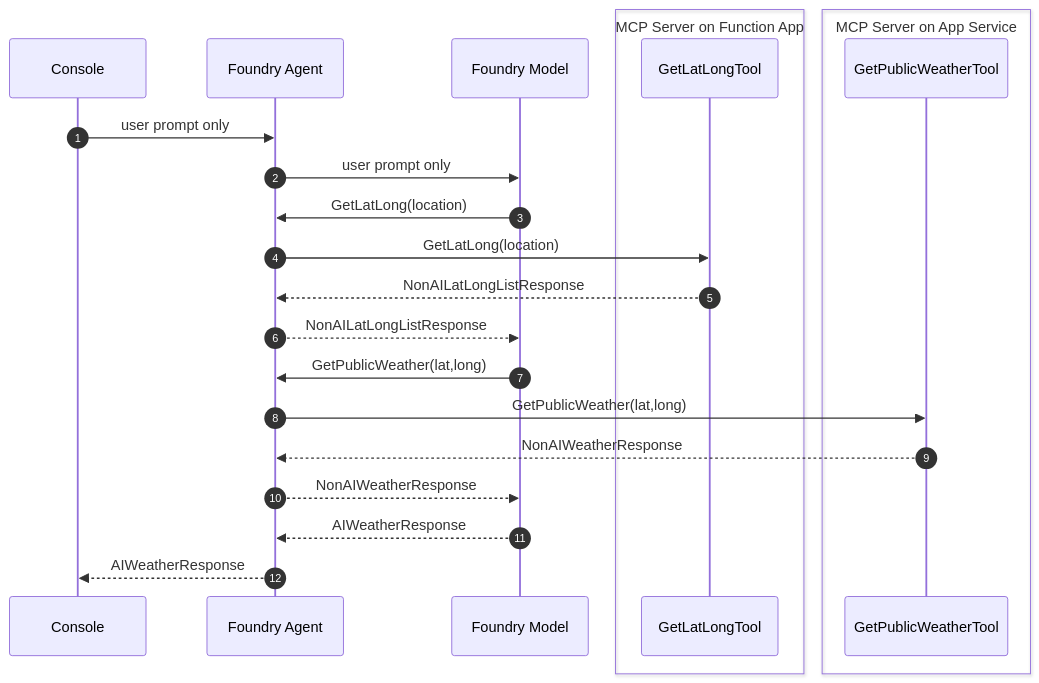
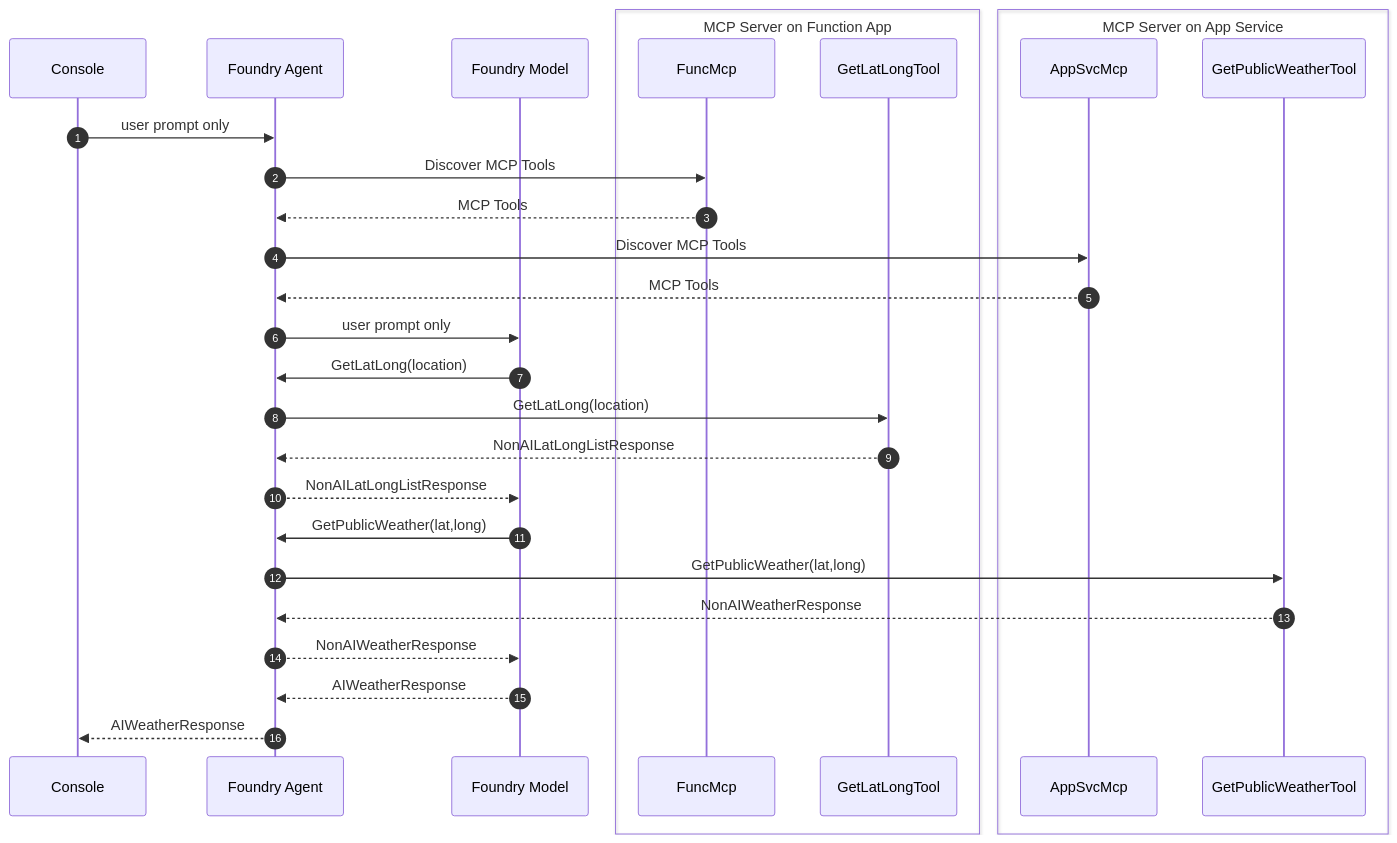
The eighth of 8 diagrams in docs/4-demystifying-foundry-agents-mcp/demystifying-foundry-agents-mcp.md (dustinkorzaan/weather-1116), drawn with Mermaid before and after one commit. The commit also changed other lines of this file and 6 other files, not shown here.

````diff
--- a/docs/4-demystifying-foundry-agents-mcp/demystifying-foundry-agents-mcp.md
+++ b/docs/4-demystifying-foundry-agents-mcp/demystifying-foundry-agents-mcp.md
@@ -237,26 +244,32 @@
   ```mermaid
   sequenceDiagram
       autonumber
       participant Console
       participant Agent as Foundry Agent
       participant Model as Foundry Model
       box MCP Server on Function App
+          participant FuncMcp
           participant GetLatLongTool
       end
       box MCP Server on App Service
+          participant AppSvcMcp
           participant GetPublicWeatherTool
       end
 
       Console->>Agent: user prompt only
+      Agent->>FuncMcp: Discover MCP Tools
+      FuncMcp-->>Agent: MCP Tools
+      Agent->>AppSvcMcp: Discover MCP Tools
+      AppSvcMcp-->>Agent: MCP Tools
       Agent->>Model: user prompt only
       Model->>Agent: GetLatLong(location)
       Agent->>GetLatLongTool: GetLatLong(location)
       GetLatLongTool-->>Agent: NonAILatLongListResponse
       Agent-->>Model: NonAILatLongListResponse
       Model->>Agent: GetPublicWeather(lat,long)
       Agent->>GetPublicWeatherTool: GetPublicWeather(lat,long)
       GetPublicWeatherTool-->>Agent: NonAIWeatherResponse
       Agent-->>Model: NonAIWeatherResponse
       Model-->>Agent: AIWeatherResponse
       Agent-->>Console: AIWeatherResponse
   ```
````
